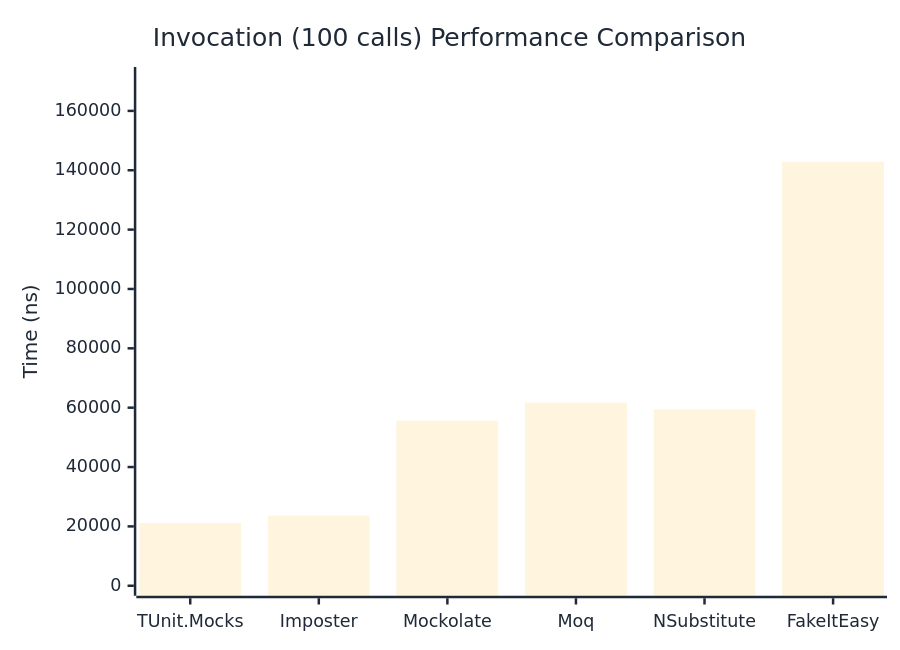
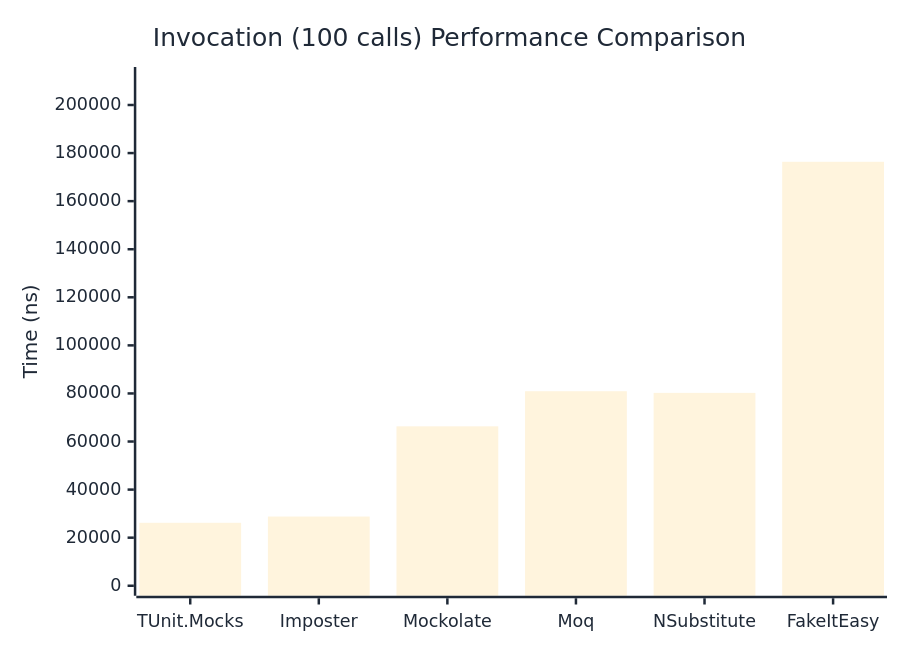
One commit to thomhurst/TUnit changed the third of 3 diagrams in docs/docs/benchmarks/mocks/Invocation.md. Above: the diagram before and after it, drawn with Mermaid. The commit also changed other lines of this file and 14 other files, not shown here.

````diff
--- a/docs/docs/benchmarks/mocks/Invocation.md
+++ b/docs/docs/benchmarks/mocks/Invocation.md
@@ -110,27 +110,27 @@
 ```mermaid
 %%{init: {
   'theme':'base',
   'themeVariables': {
     'primaryColor': '#2563eb',
     'primaryTextColor': '#1f2937',
     'primaryBorderColor': '#1e40af',
     'lineColor': '#6b7280',
     'secondaryColor': '#7c3aed',
     'tertiaryColor': '#dc2626',
     'background': '#ffffff',
     'pie1': '#2563eb',
     'pie2': '#7c3aed',
     'pie3': '#dc2626',
     'pie4': '#f59e0b',
     'pie5': '#10b981',
     'pie6': '#06b6d4',
     'pie7': '#ec4899',
     'pie8': '#6366f1'
   }
 }}%%
 xychart-beta
   title "Invocation (100 calls) Performance Comparison"
   x-axis ["TUnit.Mocks", "Imposter", "Mockolate", "Moq", "NSubstitute", "FakeItEasy"]
-  y-axis "Time (ns)" 0 --> 171419
-  bar [21128.7, 23614.7, 55636.6, 61691.8, 59428.5, 142848.5]
+  y-axis "Time (ns)" 0 --> 211646
+  bar [26187, 28798.8, 66320.1, 80930.1, 80234.5, 176371.4]
 ```
````
